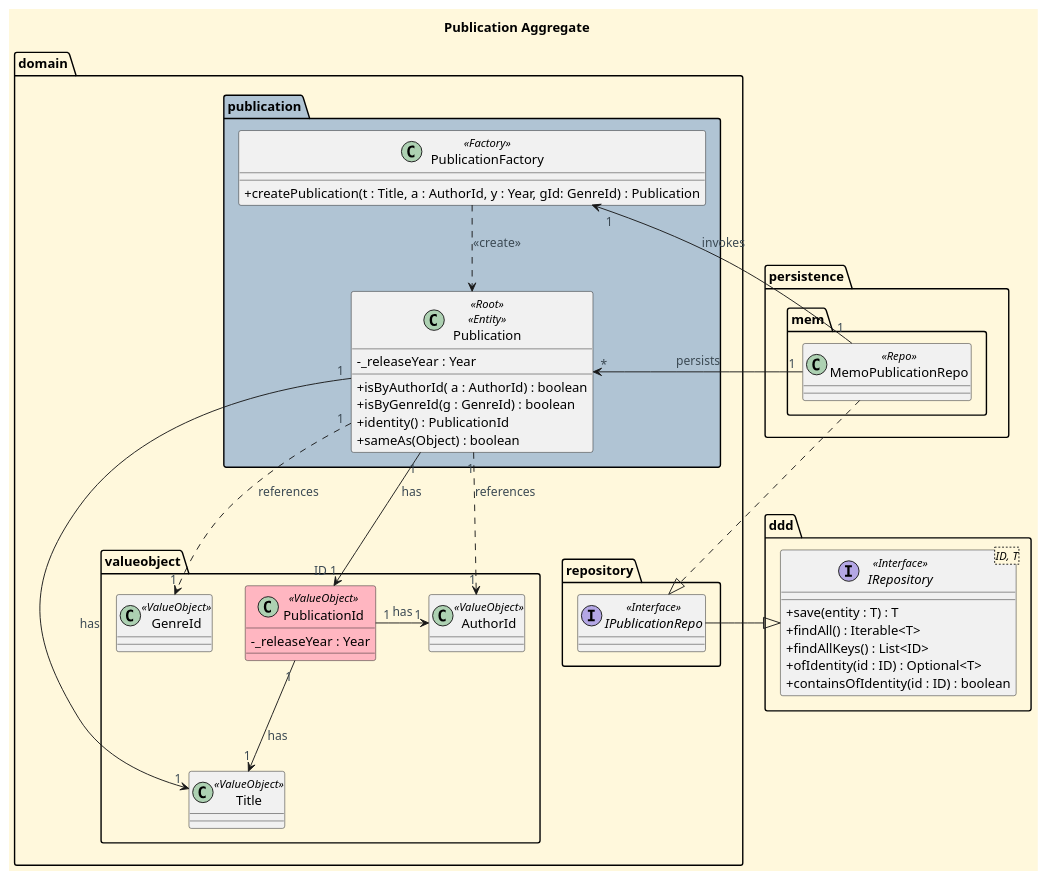
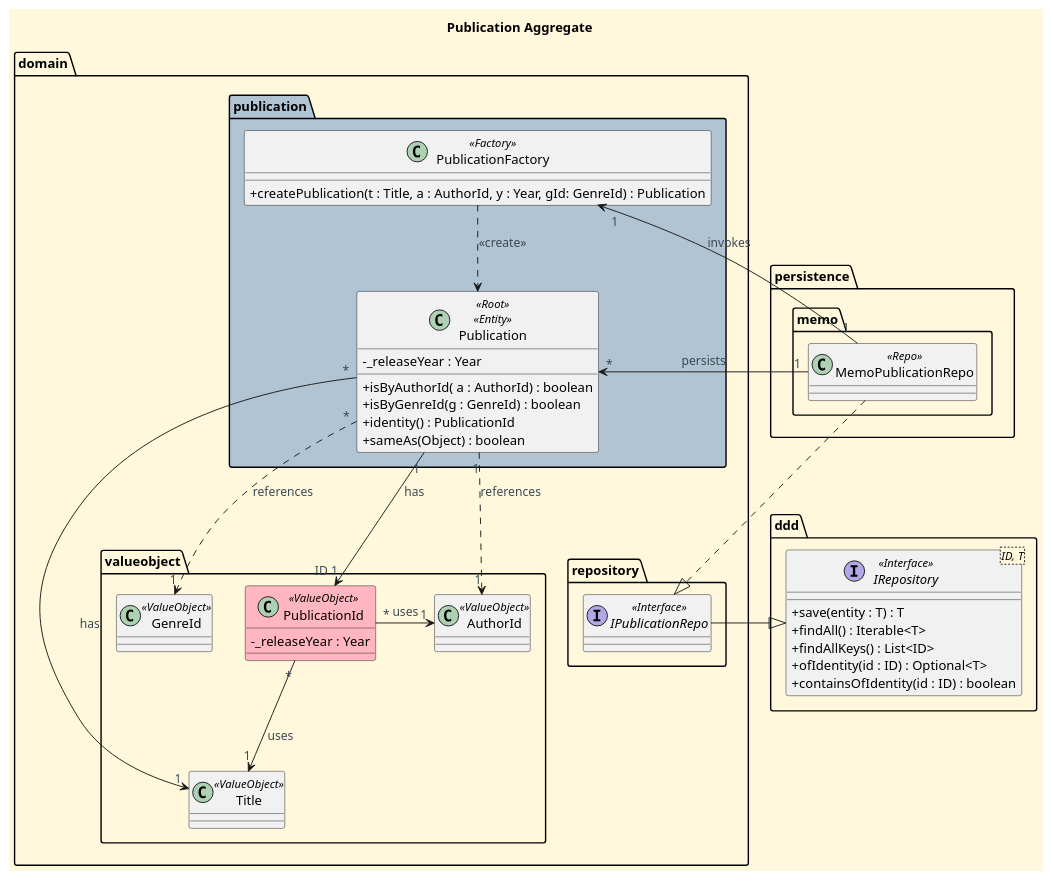
Before and after one commit to CarolinaLeite-collab/JavaMarketplacePlatform: the diagram in docs/aggregates-diagrams/Publication_Aggregate.puml, drawn with PlantUML. The commit also changed 1 other file, not shown here.

Commit message:
fix: diagrams cardinality, PR suggestions Ref #548

```diff
--- a/docs/aggregates-diagrams/Publication_Aggregate.puml
+++ b/docs/aggregates-diagrams/Publication_Aggregate.puml
@@ -1,100 +1,100 @@
 @startuml
 
 '==== Title ====
 title Publication Aggregate
 
 
 '==== basic style ====
 skinparam monochrome false
 skinparam shadowing false
 skinparam defaultFontName Futura
 skinparam objectFontSize 20
 skinparam backgroundColor CornSilk
 skinparam objectBackgroundColor WhiteSmoke
 skinparam noteBackgroundColor #FFFFE0
 skinparam ArrowFontColor #3B4953
 skinparam ActivationBackgroundColor black
 skinparam classAttributeIconSize 0
 
 top to bottom direction
 ' ===== Domain =====
 Package "domain" {
 
     Package "publication" #b0c4d4 {
 
         class Publication <<Root>> <<Entity>> {
             -_releaseYear : Year
             +isByAuthorId( a : AuthorId) : boolean
             +isByGenreId(g : GenreId) : boolean
             +identity() : PublicationId
             +sameAs(Object) : boolean
         }
 
         class PublicationFactory <<Factory>> {
             +createPublication(t : Title, a : AuthorId, y : Year, gId: GenreId) : Publication
         }
 
     }
 
     Package "valueobject"  {
 
         class PublicationId <<ValueObject>> #LightPink {
            - _releaseYear : Year
 
         }
 
         class Title <<ValueObject>> {
         }
 
         class AuthorId <<ValueObject>> {
         }
 
         class GenreId <<ValueObject>>{
         }
 
 
 
     }
 
     Package "repository"   {
         interface IPublicationRepo <<Interface>>
     }
 
     Publication -[hidden]right- IPublicationRepo
     PublicationId -[hidden]right- IPublicationRepo
 
 }
 
 Package "ddd" {
     interface IRepository<ID, T> <<Interface>> {
         +save(entity : T) : T
         +findAll() : Iterable<T>
         +findAllKeys() : List<ID>
         +ofIdentity(id : ID) : Optional<T>
         +containsOfIdentity(id : ID) : boolean
     }
 }
 
 ' ===== Persistence =====
 Package "persistence" {
-     package "mem"  {
+     package "memo"  {
      class MemoPublicationRepo <<Repo>>
     }
 }
 
 ' ===== Relations =====
 Publication "1" --> "ID 1" PublicationId : has
-Publication "1"-> "1" Title : has
+Publication "*"-> "1" Title : has
 Publication "1"..> "1" AuthorId : references
-Publication "1"..> "1" GenreId : references
+Publication "*"..> "1" GenreId : references
 
-PublicationId "1" --> "1" Title : has
-PublicationId "1" -> "1" AuthorId : has
+PublicationId "*" --> "1" Title : uses
+PublicationId "*" -> "1" AuthorId : uses
 
 IPublicationRepo -|> IRepository
 MemoPublicationRepo ..|> IPublicationRepo
 Publication "*" <-- "1" MemoPublicationRepo : persists
 PublicationFactory "1"<-- "1" MemoPublicationRepo : invokes
 PublicationFactory ..> Publication : <<create>>
 
 @enduml
```
